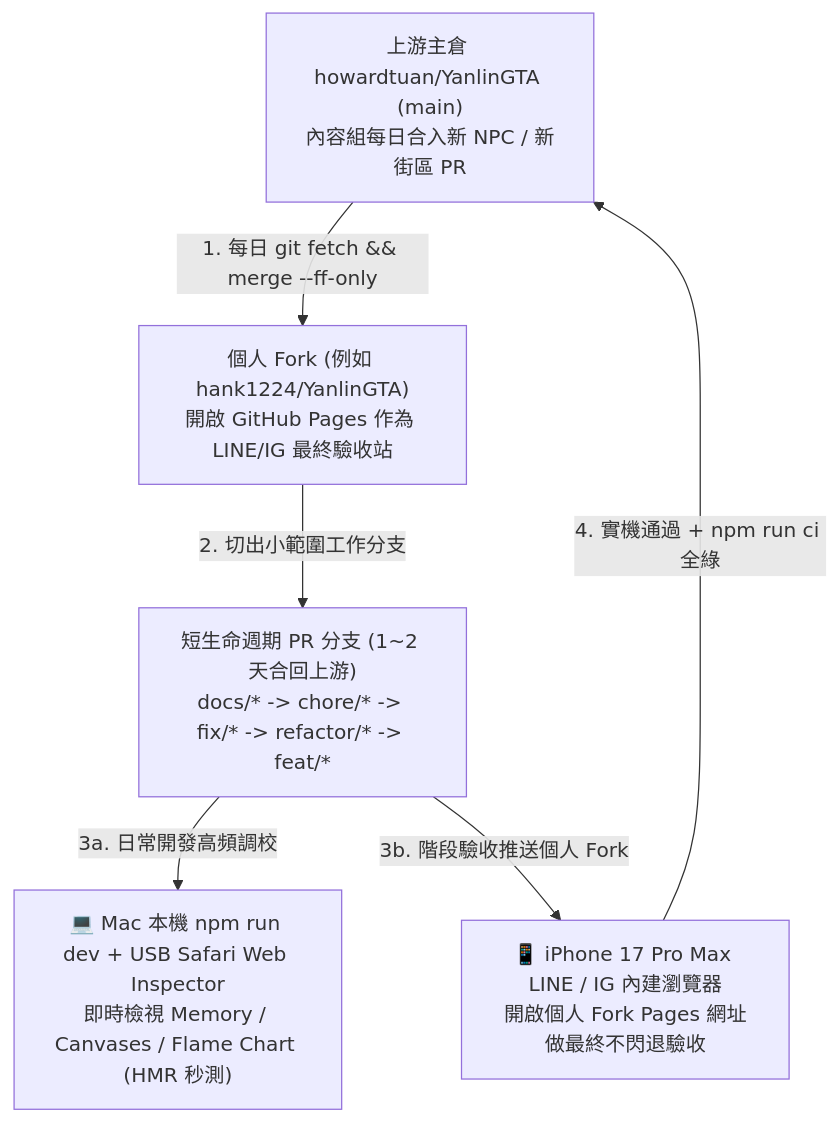
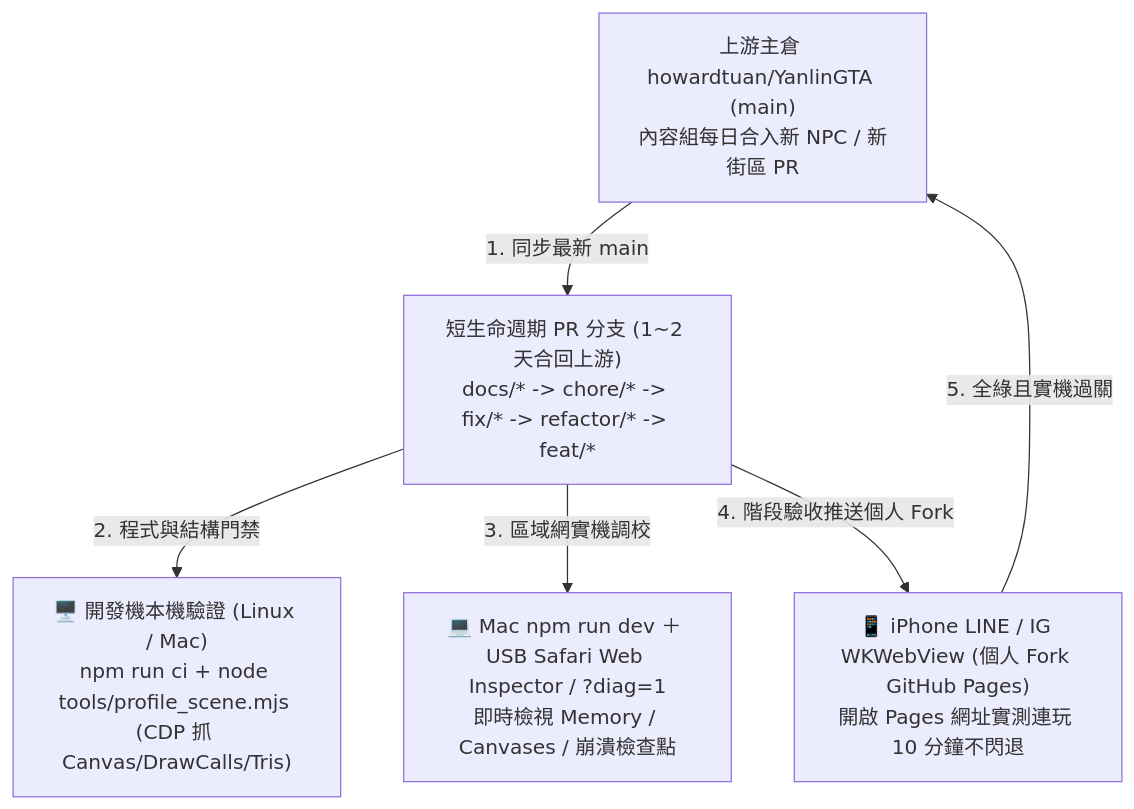
One commit to howardtuan/YanlinGTA changed the diagram in perf-refactor/git-and-transition-plan.md. Above: the diagram before and after it, drawn with Mermaid. The commit also changed other lines of this file and 11 other files, not shown here.

````diff
--- a/perf-refactor/git-and-transition-plan.md
+++ b/perf-refactor/git-and-transition-plan.md
@@ -22,14 +22,14 @@
 ```mermaid
 flowchart TB
     Upstream["上游主倉 howardtuan/YanlinGTA (main)<br/>內容組每日合入新 NPC / 新街區 PR"]
-    ForkMain["個人 Fork (例如 hank1224/YanlinGTA)<br/>開啟 GitHub Pages 作為 LINE/IG 最終驗收站"]
     WorkBranch["短生命週期 PR 分支 (1~2 天合回上游)<br/>docs/* -> chore/* -> fix/* -> refactor/* -> feat/*"]
-    LocalDev["💻 Mac 本機 npm run dev + USB Safari Web Inspector<br/>即時檢視 Memory / Canvases / Flame Chart (HMR 秒測)"]
-    WebViewTest["📱 iPhone 17 Pro Max LINE / IG 內建瀏覽器<br/>開啟個人 Fork Pages 網址做最終不閃退驗收"]
+    LocalCI["🖥️ 開發機本機驗證 (Linux / Mac)<br/>npm run ci + node tools/profile_scene.mjs (CDP 抓 Canvas/DrawCalls/Tris)"]
+    LiveInspect["💻 Mac npm run dev ＋ USB Safari Web Inspector / ?diag=1<br/>即時檢視 Memory / Canvases / 崩潰檢查點"]
+    WebViewTest["📱 iPhone LINE / IG WKWebView (個人 Fork GitHub Pages)<br/>開啟 Pages 網址實測連玩 10 分鐘不閃退"]
 
-    Upstream -->|"1. 每日 git fetch && merge --ff-only"| ForkMain
-    ForkMain -->|"2. 切出小範圍工作分支"| WorkBranch
-    WorkBranch -->|"3a. 日常開發高頻調校"| LocalDev
-    WorkBranch -->|"3b. 階段驗收推送個人 Fork"| WebViewTest
-    WebViewTest -->|"4. 實機通過 + npm run ci 全綠"| Upstream
+    Upstream -->|"1. 同步最新 main"| WorkBranch
+    WorkBranch -->|"2. 程式與結構門禁"| LocalCI
+    WorkBranch -->|"3. 區域網實機調校"| LiveInspect
+    WorkBranch -->|"4. 階段驗收推送個人 Fork"| WebViewTest
+    WebViewTest -->|"5. 全綠且實機過關"| Upstream
 ```
````
